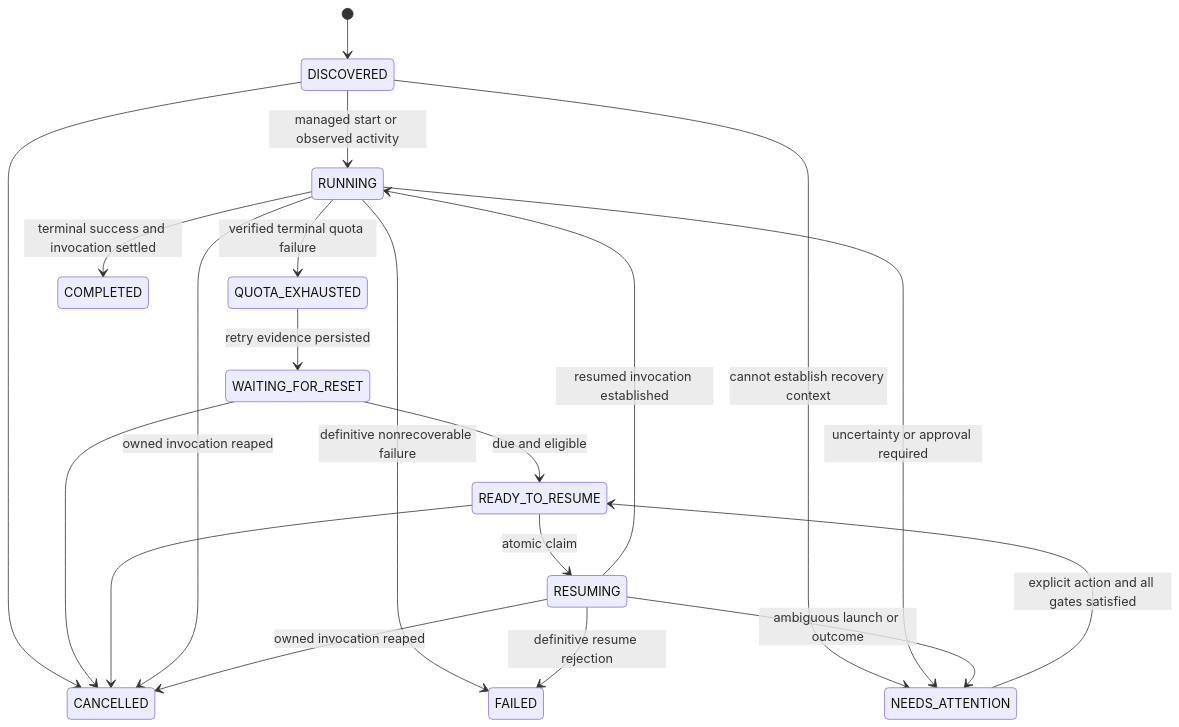
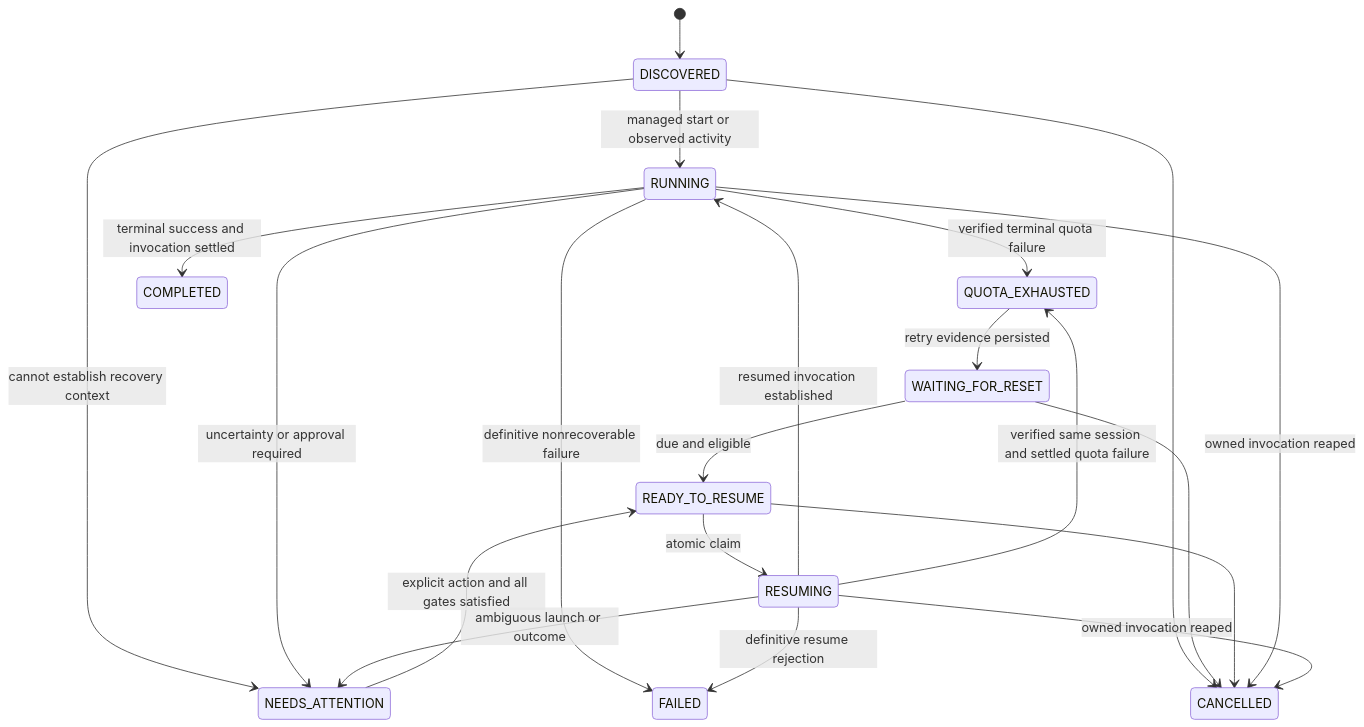
Before and after one commit to Diaszano/quota-guardian: the second of 3 diagrams in docs/superpowers/specs/2026-10-11-quota-guardian-design.md, drawn with Mermaid. The commit also changed other lines of this file and 4 other files, not shown here.

````diff
--- a/docs/superpowers/specs/2026-10-11-quota-guardian-design.md
+++ b/docs/superpowers/specs/2026-10-11-quota-guardian-design.md
@@ -143,22 +145,23 @@
 ```mermaid
 stateDiagram-v2
   [*] --> DISCOVERED
   DISCOVERED --> RUNNING: managed start or observed activity
   DISCOVERED --> NEEDS_ATTENTION: cannot establish recovery context
   RUNNING --> QUOTA_EXHAUSTED: verified terminal quota failure
   RESUMING --> RUNNING: resumed invocation established
+  RESUMING --> QUOTA_EXHAUSTED: verified same session and settled quota failure
   RUNNING --> COMPLETED: terminal success and invocation settled
   RUNNING --> FAILED: definitive nonrecoverable failure
   RUNNING --> NEEDS_ATTENTION: uncertainty or approval required
   QUOTA_EXHAUSTED --> WAITING_FOR_RESET: retry evidence persisted
   WAITING_FOR_RESET --> READY_TO_RESUME: due and eligible
   READY_TO_RESUME --> RESUMING: atomic claim
   RESUMING --> NEEDS_ATTENTION: ambiguous launch or outcome
   RESUMING --> FAILED: definitive resume rejection
   NEEDS_ATTENTION --> READY_TO_RESUME: explicit action and all gates satisfied
   DISCOVERED --> CANCELLED
   WAITING_FOR_RESET --> CANCELLED
   READY_TO_RESUME --> CANCELLED
   RUNNING --> CANCELLED: owned invocation reaped
   RESUMING --> CANCELLED: owned invocation reaped
 ```
````
